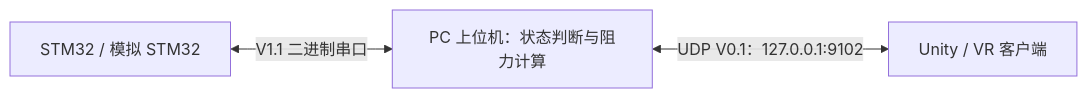
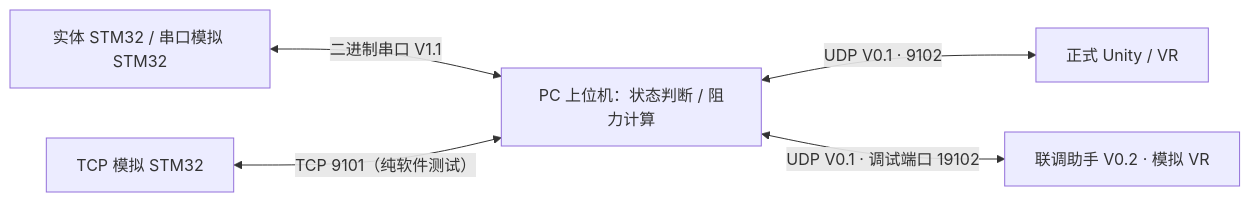
Before and after one commit to Ihtbfas/armwrestling: the diagram in README.md, drawn with Mermaid. The commit also changed other lines of this file, not shown here.

Commit message:
Reorganize README around STM32, VR and PC integration workflows

````diff
--- a/README.md
+++ b/README.md
@@ -25,5 +20,7 @@
 ```mermaid
 flowchart LR
-    Board["STM32 / 模拟 STM32"] <-->|"V1.1 二进制串口"| PC["PC 上位机：状态判断与阻力计算"]
-    PC <-->|"UDP V0.1：127.0.0.1:9102"| VR["Unity / VR 客户端"]
+    Board["实体 STM32 / 串口模拟 STM32"] <-->|"二进制串口 V1.1"| PC["PC 上位机：状态判断 / 阻力计算"]
+    Mock["TCP 模拟 STM32"] <-->|"TCP 9101（纯软件测试）"| PC
+    PC <-->|"UDP V0.1 · 9102"| VR["正式 Unity / VR"]
+    PC <-->|"UDP V0.1 · 调试端口 19102"| GUI["联调助手 V0.2 · 模拟 VR"]
 ```
````
